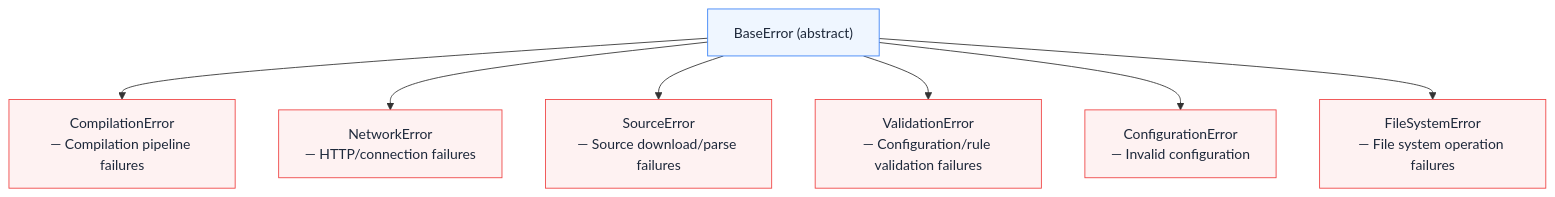
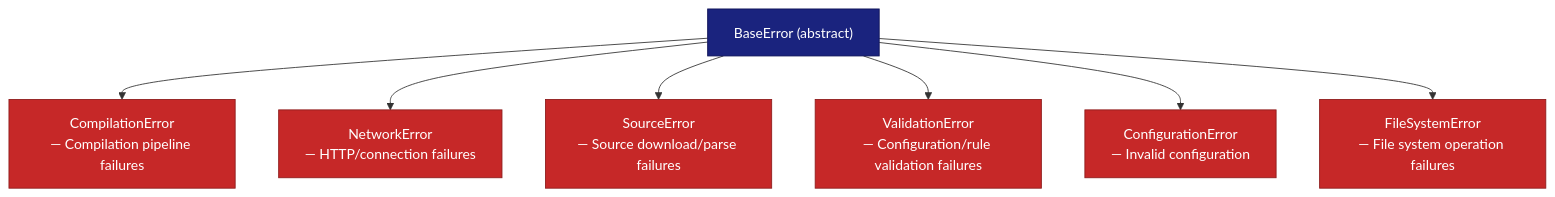
One commit to jaypatrick/adblock-compiler changed diagram 14 of 19 in docs/development/ARCHITECTURE.md. Above: the diagram before and after it, drawn with Mermaid. The commit also changed other lines of this file and 6 other files, not shown here.

First line of the commit message:
fix: Mermaid diagram errors, dark theme compatibility, and mdhelp scroll reset (#1540)

````diff
--- a/docs/development/ARCHITECTURE.md
+++ b/docs/development/ARCHITECTURE.md
@@ -708,12 +708,12 @@
 ```mermaid
 flowchart TD
-    classDef base fill:#eff6ff,stroke:#3b82f6,color:#1e293b
-    classDef error fill:#fef2f2,stroke:#ef4444,color:#1e293b
+    classDef base fill:#1a237e,stroke:#0d1257,color:#fff
+    classDef error fill:#c62828,stroke:#8e1c1c,color:#fff
     BE["BaseError (abstract)"]:::base
     BE --> CE["CompilationError\n— Compilation pipeline failures"]:::error
     BE --> NE["NetworkError\n— HTTP/connection failures"]:::error
     BE --> SE["SourceError\n— Source download/parse failures"]:::error
     BE --> VE["ValidationError\n— Configuration/rule validation failures"]:::error
     BE --> CFE["ConfigurationError\n— Invalid configuration"]:::error
     BE --> FSE["FileSystemError\n— File system operation failures"]:::error
 ```
````
